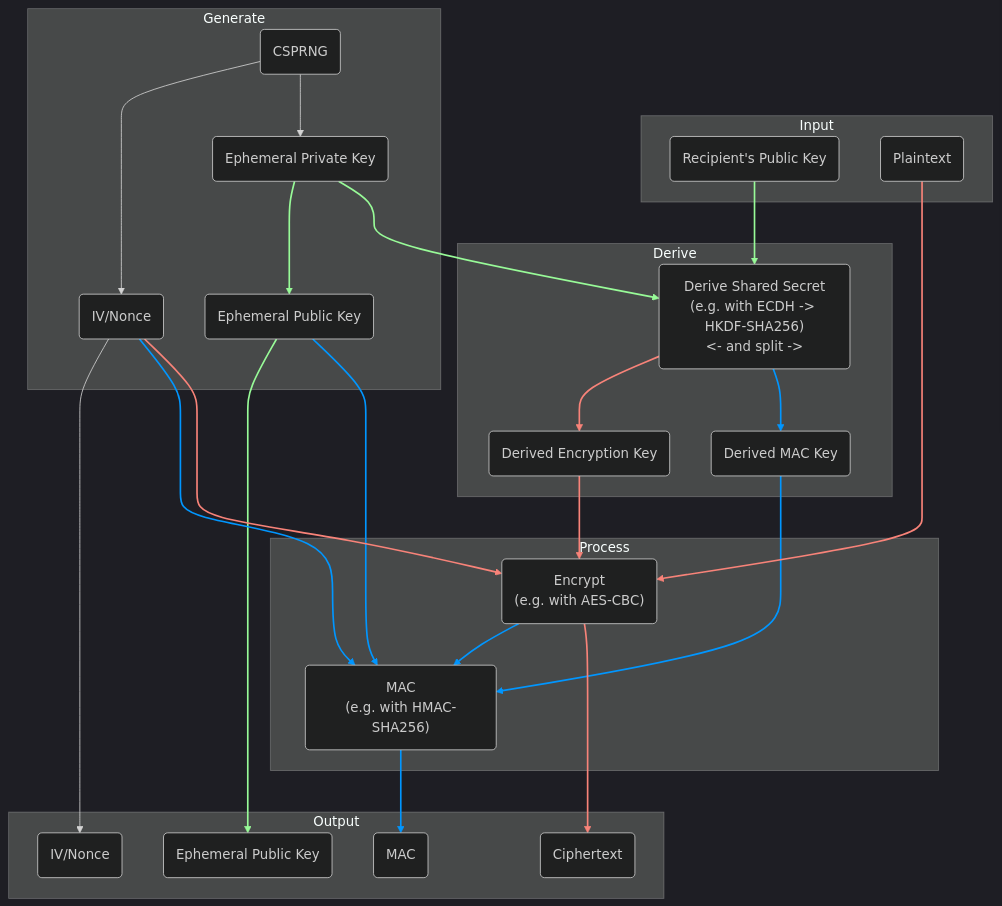
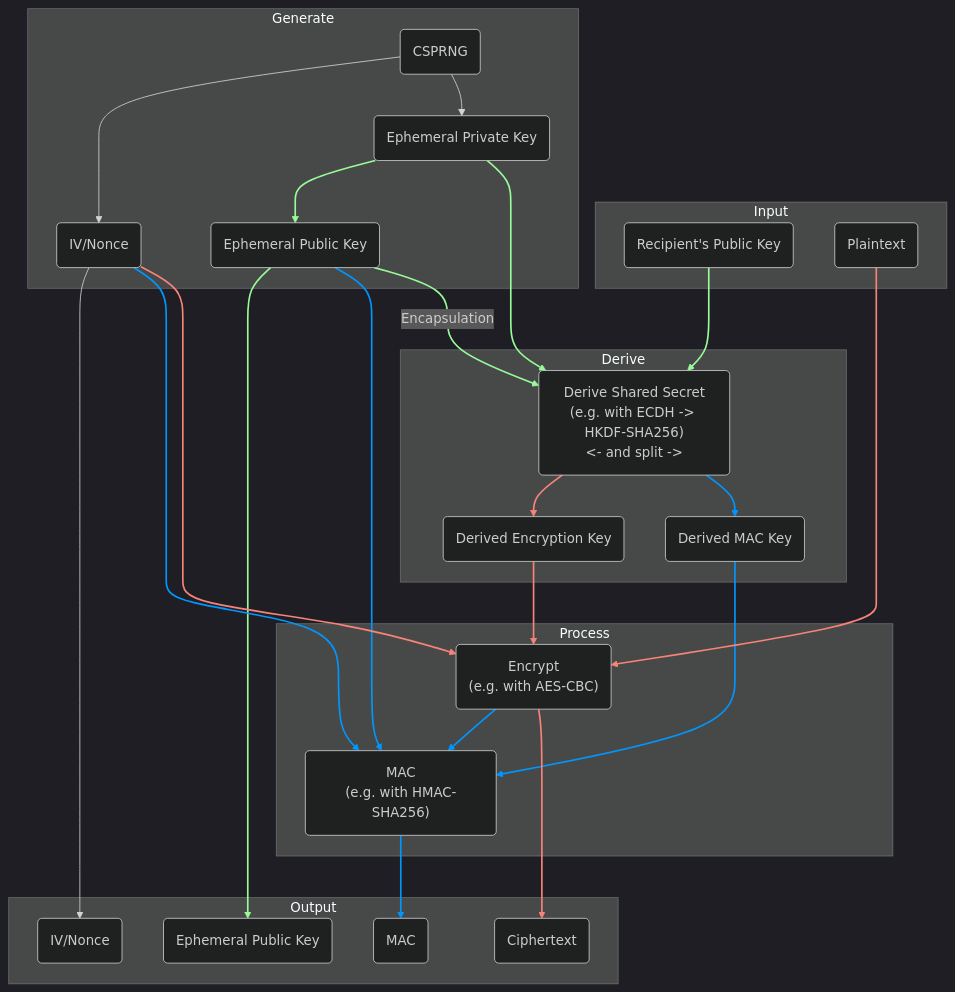
Before and after one commit to TJRoh01/libes: the first of 3 diagrams in README.md, drawn with Mermaid (dark theme). The commit also changed other lines of this file, not shown here.

````diff
--- a/README.md
+++ b/README.md
@@ -112,66 +112,68 @@
 ```mermaid
 graph TB
     subgraph Input
         RK(Recipient's Public Key)
         MSG(Plaintext)
     end
     
     subgraph Generate
         CSPRNG(CSPRNG)
         EK_PUB(Ephemeral Public Key)
         EK_PRI(Ephemeral Private Key)
         IV(IV/Nonce)
     end
     
     subgraph Derive
         DER_FN("Derive Shared Secret</br>(e.g. with ECDH -> HKDF-SHA256)</br><- and split ->")
         DER_ENC_KEY("Derived Encryption Key")
         DER_MAC_KEY("Derived MAC Key")
     end
     
     subgraph Process
         ENC_FN("Encrypt</br>(e.g. with AES-CBC)")
         MAC_FN("MAC</br>(e.g. with HMAC-SHA256)")
     end
     
     subgraph Output
         ENC_OUT(Ciphertext)
         IV_OUT(IV/Nonce)
         EK_OUT(Ephemeral Public Key)
         MAC_OUT(MAC)
     end
 
     CSPRNG --> IV & EK_PRI
     EK_PRI --> EK_PUB
     EK_PUB --> EK_OUT & MAC_FN
     IV --> IV_OUT & MAC_FN & ENC_FN
     RK --> DER_FN
     EK_PRI --> DER_FN
     DER_FN --> DER_ENC_KEY & DER_MAC_KEY
     DER_ENC_KEY --> ENC_FN
     DER_MAC_KEY --> MAC_FN
     MSG --> ENC_FN
     ENC_FN --> MAC_FN & ENC_OUT
     MAC_FN --> MAC_OUT
+    EK_PUB --> |Encapsulation| DER_FN
     
     %% Elliptic Curve Key link colorization
     linkStyle 2 stroke:#98fb98,stroke-width:2px;
     linkStyle 3 stroke:#98fb98,stroke-width:2px;
     linkStyle 8 stroke:#98fb98,stroke-width:2px;
     linkStyle 9 stroke:#98fb98,stroke-width:2px;
+    linkStyle 18 stroke:#98fb98,stroke-width:2px;
     
-    %% MAC link colorization
+    %% Authentication link colorization
     linkStyle 4 stroke:#0096ff,stroke-width:2px;
     linkStyle 6 stroke:#0096ff,stroke-width:2px;
     linkStyle 11 stroke:#0096ff,stroke-width:2px;
     linkStyle 13 stroke:#0096ff,stroke-width:2px;
     linkStyle 15 stroke:#0096ff,stroke-width:2px;
     linkStyle 17 stroke:#0096ff,stroke-width:2px;
     
     %% Encryption link colorization
     linkStyle 7 stroke:#f88379,stroke-width:2px;
     linkStyle 10 stroke:#f88379,stroke-width:2px;
     linkStyle 12 stroke:#f88379,stroke-width:2px;
     linkStyle 14 stroke:#f88379,stroke-width:2px;
     linkStyle 16 stroke:#f88379,stroke-width:2px;
 ```
````
